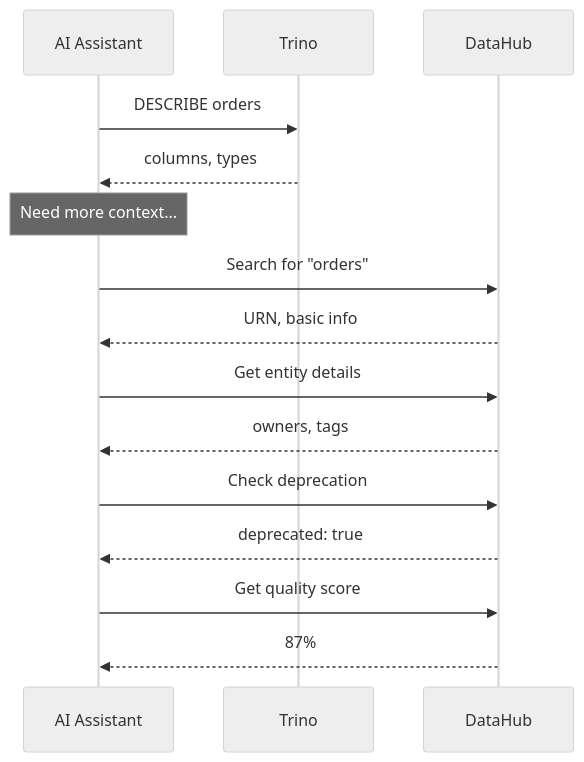
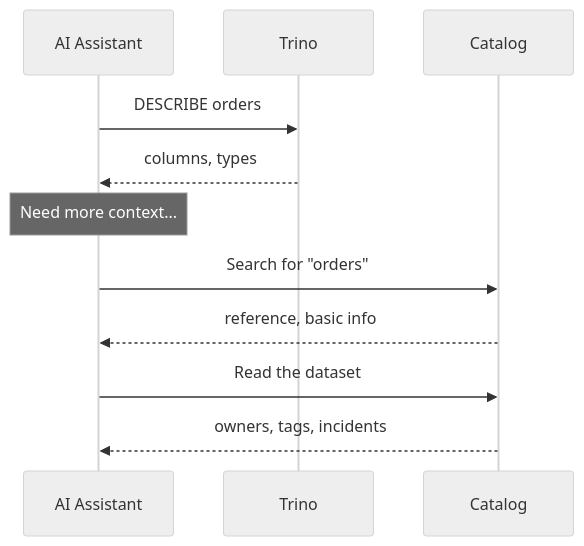
Before and after one commit to txn2/mcp-data-platform: the first of 4 diagrams in docs/cross-enrichment/overview.md, drawn with Mermaid (neutral theme). The commit also changed other lines of this file and 746 other files, not shown here.

First line of the commit message:
feat(catalog): portal catalog, search/fetch reads, DataHub removed (#1916) (#2123)

````diff
--- a/docs/cross-enrichment/overview.md
+++ b/docs/cross-enrichment/overview.md
@@ -15,23 +15,17 @@
 ```mermaid
 sequenceDiagram
     participant AI as AI Assistant
     participant T as Trino
-    participant D as DataHub
+    participant C as Catalog
 
     AI->>T: DESCRIBE orders
     T-->>AI: columns, types
 
     Note over AI: Need more context...
 
-    AI->>D: Search for "orders"
-    D-->>AI: URN, basic info
+    AI->>C: Search for "orders"
+    C-->>AI: reference, basic info
 
-    AI->>D: Get entity details
-    D-->>AI: owners, tags
-
-    AI->>D: Check deprecation
-    D-->>AI: deprecated: true
-
-    AI->>D: Get quality score
-    D-->>AI: 87%
+    AI->>C: Read the dataset
+    C-->>AI: owners, tags, incidents
 ```
````
